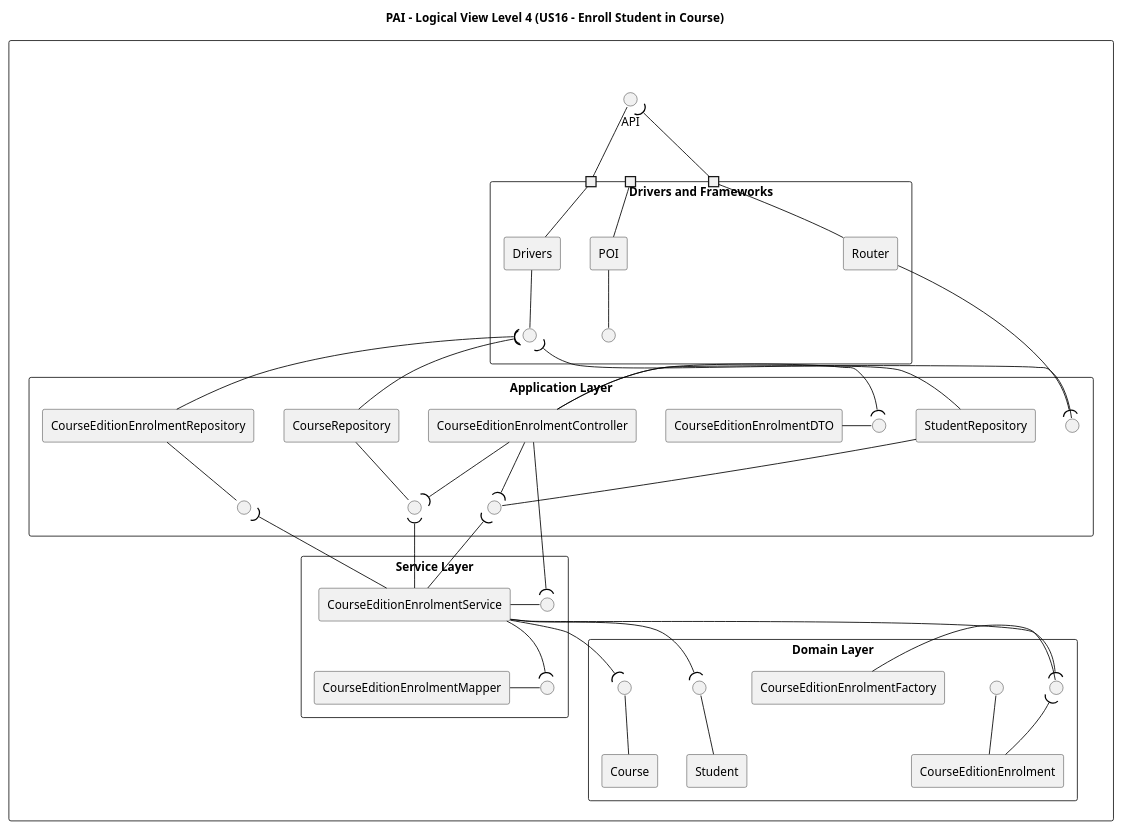
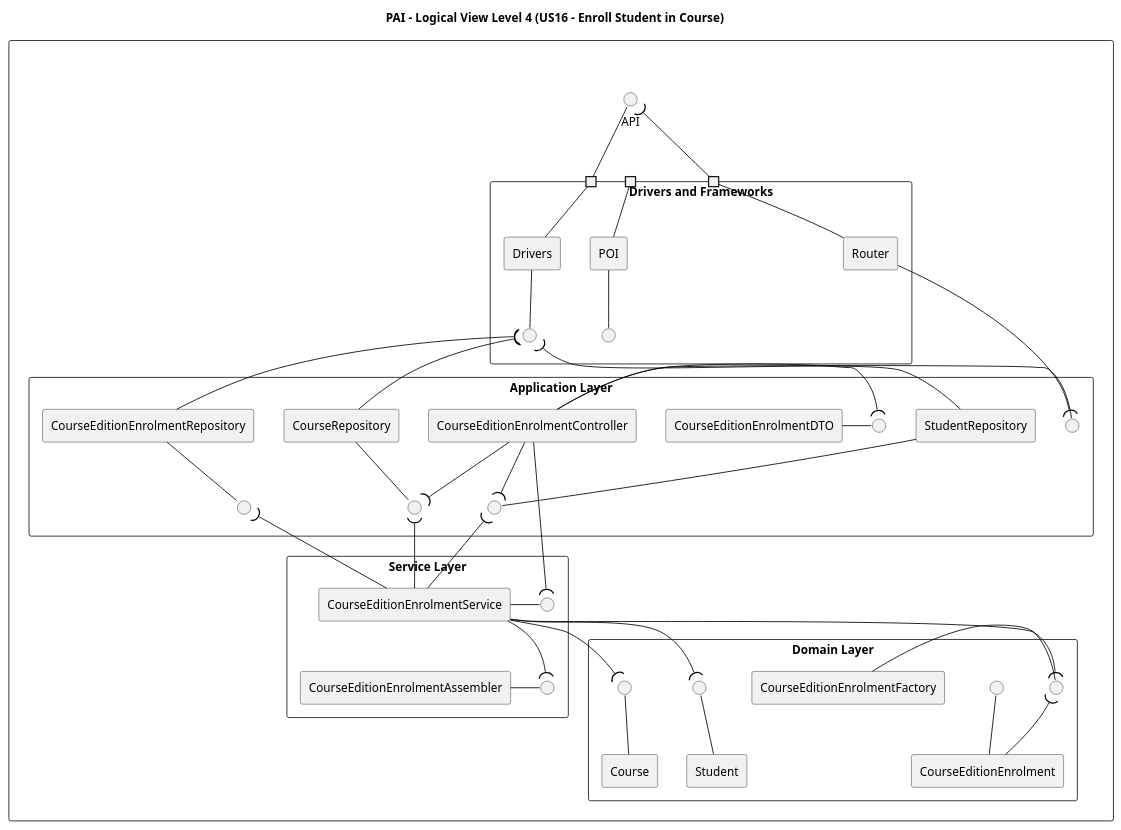
The diagram in docs/US16/sprint6_RestController/logical_view/Level4.puml (GasparISEP/DevOps-PAI), drawn with PlantUML before and after one commit.

Commit message:
docs: Updated Level 4 logical view diagram for Course Edition Enrolment by renaming CourseEditionEnrolmentMapper to CourseEditionEnrolmentAssembler, improving clarity in the service layer interactions. refs #500

```diff
--- a/docs/US16/sprint6_RestController/logical_view/Level4.puml
+++ b/docs/US16/sprint6_RestController/logical_view/Level4.puml
@@ -1,99 +1,99 @@
 @startuml
 
 skinparam componentStyle rectangle
 skinparam ArrowColor black
 skinparam defaultTextAlignment center
 
 title "PAI - Logical View Level 4 (US16 - Enroll Student in Course)"
 
 rectangle " " {
   interface "API" as API
 
   rectangle "Drivers and Frameworks" {
     portin " " as p1
     portin " " as p2
     portin " " as p3
 
     component Router
     component POI
     component Drivers
 
     Router -- p3
     POI -down- p2
     Drivers -- p1
 
     interface " " as IPOI
     interface " " as IDrivers
 
     POI -- IPOI
     Drivers -- IDrivers
   }
 
   rectangle "Application Layer" {
     interface " " as IController
     component "CourseEditionEnrolmentController" as Controller
     component "CourseEditionEnrolmentDTO" as EnrolmentDTO
     component "StudentRepository" as StudentRepo
     component "CourseRepository" as CourseRepo
     component "CourseEditionEnrolmentRepository" as EnrolmentRepo
 
     interface " " as IEnrolmentRepo
     interface " " as IStudentRepo
     interface " " as ICourseRepo
     interface " " as IEnrolmentDTO
 
     EnrolmentDTO - IEnrolmentDTO
     EnrolmentRepo -- IEnrolmentRepo
     StudentRepo -- IStudentRepo
     CourseRepo -- ICourseRepo
     Controller -right- IController
     Controller -left-( IEnrolmentDTO
     Controller -down-( IStudentRepo
     Controller -down-( ICourseRepo
   }
 
   rectangle "Service Layer" {
     component "CourseEditionEnrolmentService" as Service
-    component "CourseEditionEnrolmentMapper" as EnrolmentMapper
+    component "CourseEditionEnrolmentAssembler" as EnrolmentAssembler
     interface " " as IEnrolmentService
-    interface " " as IEnrolmentMapper
+    interface " " as IEnrolmentAssembler
 
     Service - IEnrolmentService
-    EnrolmentMapper - IEnrolmentMapper
+    EnrolmentAssembler - IEnrolmentAssembler
   }
 
   rectangle "Domain Layer" {
     component "CourseEditionEnrolmentFactory" as Factory
     interface " " as IEnrolmentFactory
     component "CourseEditionEnrolment" as Enrolment
     component "Student" as Student
     component "Course" as Course
     interface " " as IEnrolmentDomain
     interface " " as IStudentDomain
     interface " " as ICourseDomain
 
     Factory - IEnrolmentFactory
     Service -up-( IEnrolmentFactory
     Enrolment -up- IEnrolmentDomain
     Enrolment -up-( IEnrolmentFactory
     Student -up- IStudentDomain
     Course -up- ICourseDomain
   }
 
   p1 -up- API
   p3 -up-( API
 
   Router -down-( IController
   EnrolmentRepo -up-( IDrivers
   StudentRepo -up-( IDrivers
   CourseRepo -up-( IDrivers
 
   Controller -down-( IEnrolmentService
   Service -up-( IEnrolmentRepo
   Service -up-( IStudentRepo
   Service -up-( ICourseRepo
   Service -down-( IStudentDomain
   Service -down-( ICourseDomain
-  Service -down-( IEnrolmentMapper
+  Service -down-( IEnrolmentAssembler
 }
 @enduml 
```
